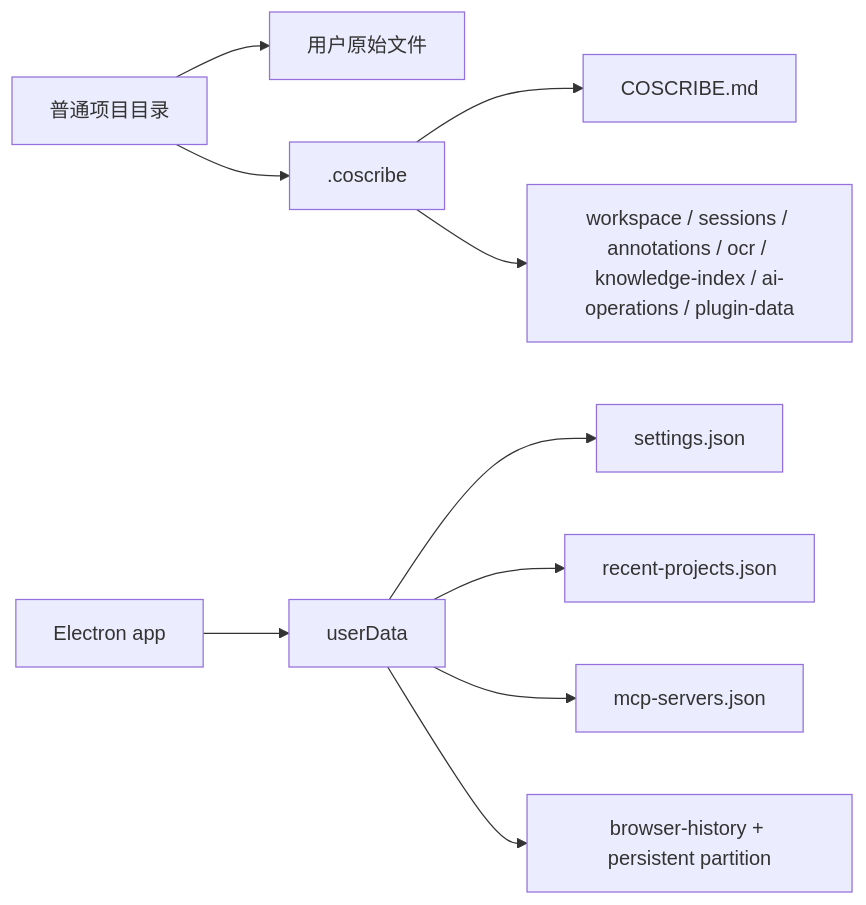
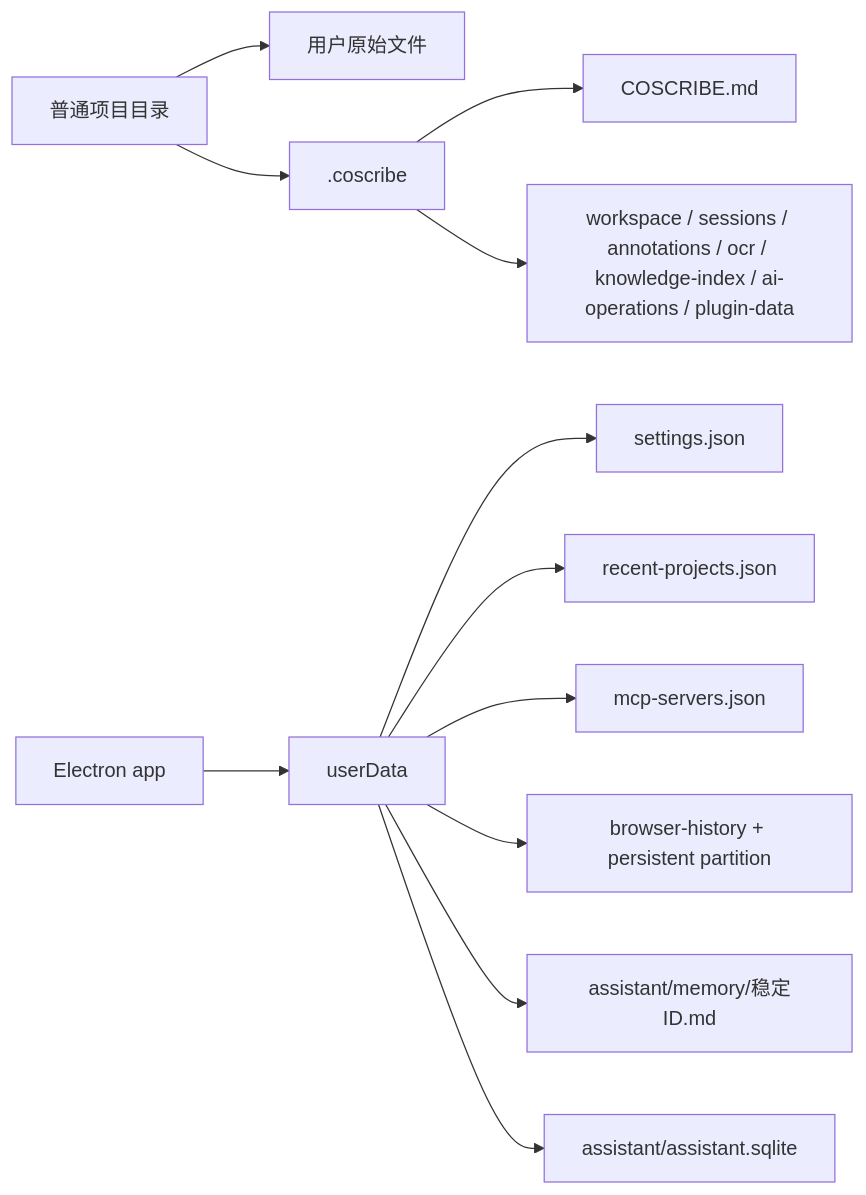
The diagram in docs/data-and-storage.md (UESTC-ly/CoScribe), drawn with Mermaid before and after one commit. The commit also changed other lines of this file and 96 other files, not shown here.

````diff
--- a/docs/data-and-storage.md
+++ b/docs/data-and-storage.md
@@ -11,12 +11,14 @@
 ```mermaid
 flowchart LR
   Project[普通项目目录] --> Files[用户原始文件]
   Project --> Meta[.coscribe]
   Meta --> Memory[COSCRIBE.md]
   Meta --> Json[workspace / sessions / annotations / ocr / knowledge-index / ai-operations / plugin-data]
   App[Electron app] --> UserData[userData]
   UserData --> Settings[settings.json]
   UserData --> Recent[recent-projects.json]
   UserData --> MCP[mcp-servers.json]
   UserData --> Browser[browser-history + persistent partition]
+  UserData --> PersonalMemory[assistant/memory/稳定ID.md]
+  UserData --> AssistantIndex[assistant/assistant.sqlite]
 ```
````
